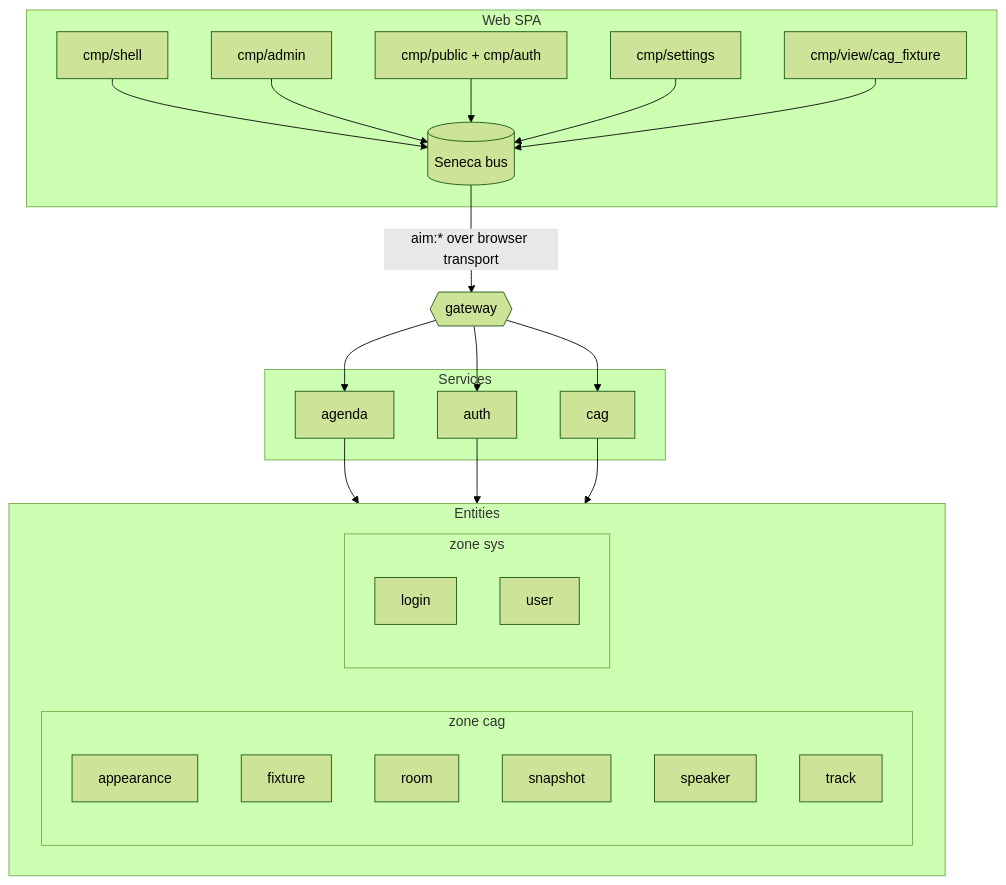
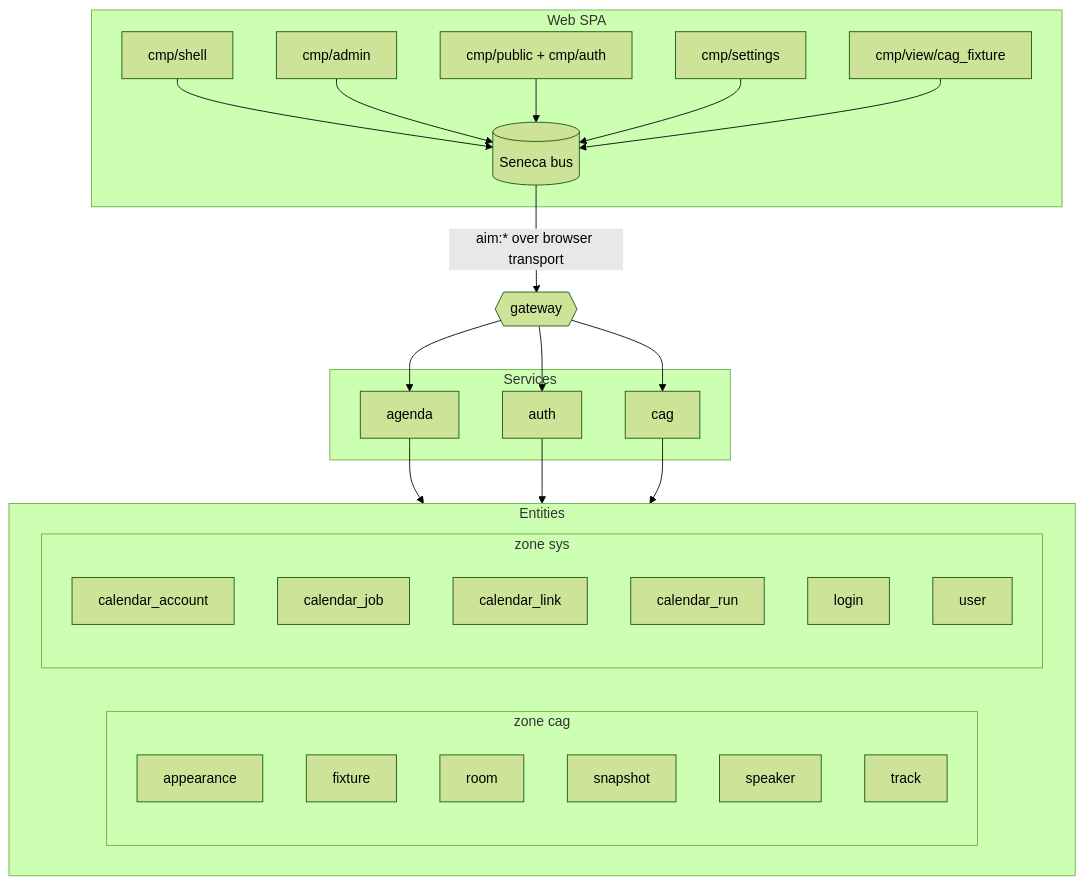
One commit to voxgig/conf-agenda changed the first of 2 diagrams in docs/reference/system-map.md. Above: the diagram before and after it, drawn with Mermaid (forest theme). The commit also changed 43 other files, not shown here.

````diff
--- a/docs/reference/system-map.md
+++ b/docs/reference/system-map.md
@@ -10,42 +10,46 @@
 ```mermaid
 flowchart TB
   subgraph spa[Web SPA]
     shell[cmp/shell]
     admin[cmp/admin]
     publiccmp[cmp/public + cmp/auth]
     settings[cmp/settings]
     view_cag_fixture[cmp/view/cag_fixture]
     bus[(Seneca bus)]
     shell --> bus
     admin --> bus
     publiccmp --> bus
     settings --> bus
     view_cag_fixture --> bus
   end
   bus -->|aim:* over browser transport| gateway{{gateway}}
   subgraph services[Services]
     srv_agenda[agenda]
     srv_auth[auth]
     srv_cag[cag]
   end
   gateway --> srv_agenda
   gateway --> srv_auth
   gateway --> srv_cag
   subgraph data[Entities]
     subgraph zone_cag[zone cag]
       cag_appearance[appearance]
       cag_fixture[fixture]
       cag_room[room]
       cag_snapshot[snapshot]
       cag_speaker[speaker]
       cag_track[track]
     end
     subgraph zone_sys[zone sys]
+      sys_calendar_account[calendar_account]
+      sys_calendar_job[calendar_job]
+      sys_calendar_link[calendar_link]
+      sys_calendar_run[calendar_run]
       sys_login[login]
       sys_user[user]
     end
   end
   srv_agenda --> data
   srv_auth --> data
   srv_cag --> data
 ```
````
